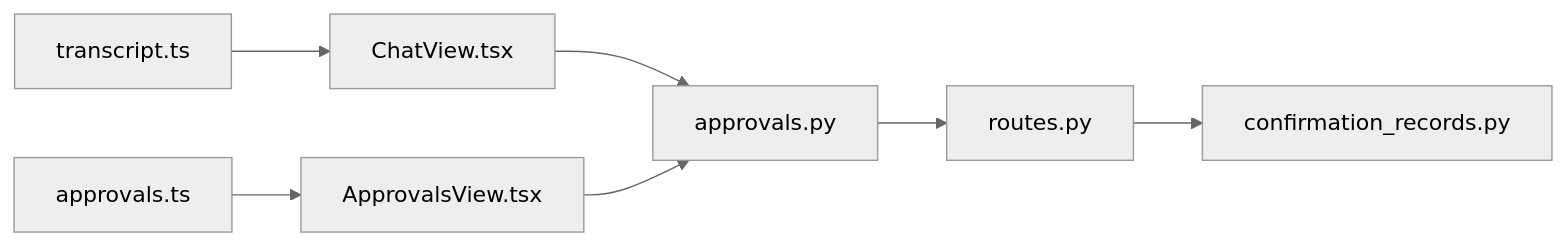
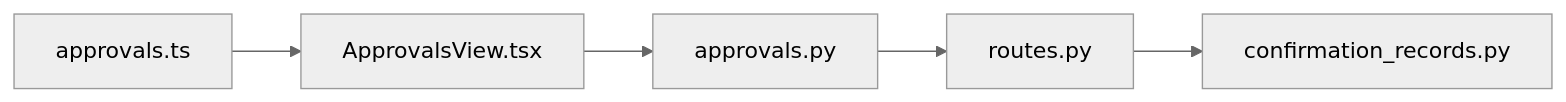
Before and after one commit to metasync/luban-aiops: the sixth of 6 diagrams in .qoder/repowiki/en/content/Architecture Documentation/SPEC-036_ Server Inbox Pagination and Seeded Transcript Reveal.md, drawn with Mermaid (neutral theme). The commit also changed other lines of this file and 3 other files, not shown here.

````diff
--- a/.qoder/repowiki/en/content/Architecture Documentation/SPEC-036_ Server Inbox Pagination and Seeded Transcript Reveal.md
+++ b/.qoder/repowiki/en/content/Architecture Documentation/SPEC-036_ Server Inbox Pagination and Seeded Transcript Reveal.md
@@ -301,9 +278,7 @@
 ```mermaid
 graph LR
-T["transcript.ts"] --> C["ChatView.tsx"]
-C --> G["approvals.py"]
+A["approvals.ts"] --> AV["ApprovalsView.tsx"]
+AV --> G["approvals.py"]
 G --> S["routes.py"]
 S --> SR["confirmation_records.py"]
-A["approvals.ts"] --> AV["ApprovalsView.tsx"]
-AV --> G
 ```
````
